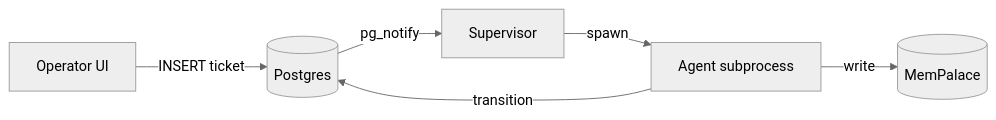
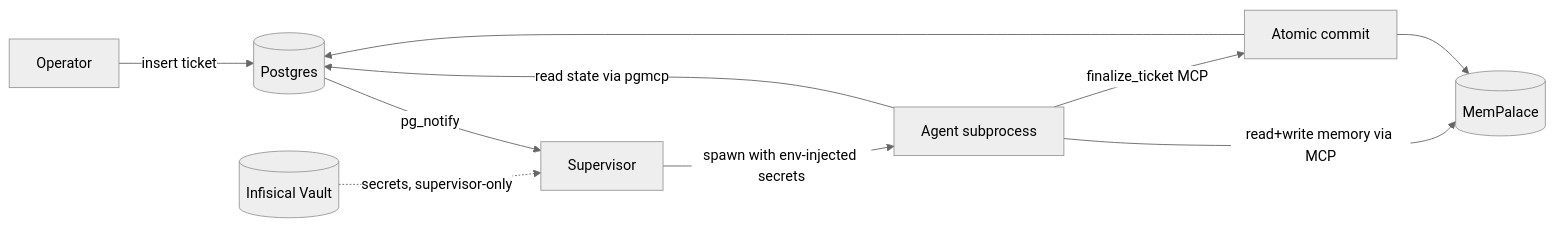
Before and after one commit to garrison-hq/garrison: the diagram in README.md, drawn with Mermaid (neutral theme). The commit also changed other lines of this file, not shown here.

First line of the commit message:
docs: reconcile README for M2 close + M3 active + diagram refresh

````diff
--- a/README.md
+++ b/README.md
@@ -58,8 +63,12 @@
 ```mermaid
 flowchart LR
-    UI[Operator UI] -->|INSERT ticket| PG[(Postgres)]
+    UI[Operator] -->|insert ticket| PG[(Postgres)]
     PG -->|pg_notify| SUP[Supervisor]
-    SUP -->|spawn| A[Agent subprocess]
-    A -->|write| MP[(MemPalace)]
-    A -->|transition| PG
+    VAULT[(Infisical Vault)] -.->|secrets, supervisor-only| SUP
+    SUP -->|spawn with env-injected secrets| A[Agent subprocess]
+    A -->|read state via pgmcp| PG
+    A -->|read+write memory via MCP| MP[(MemPalace)]
+    A -->|finalize_ticket MCP| FIN[Atomic commit]
+    FIN --> PG
+    FIN --> MP
 ```
````
